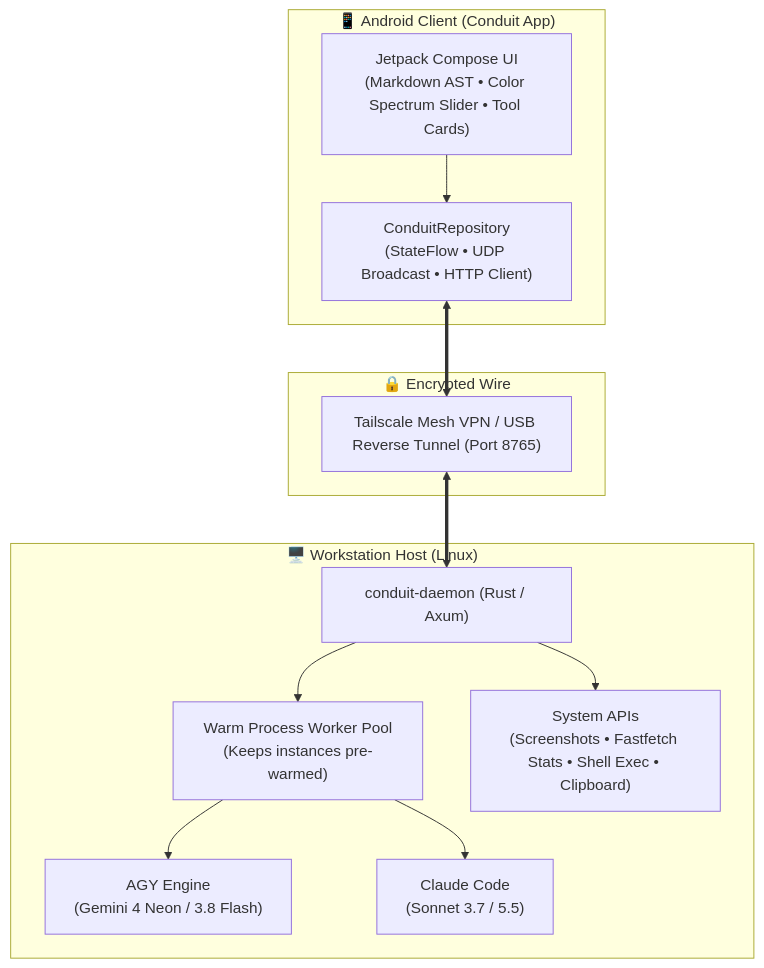
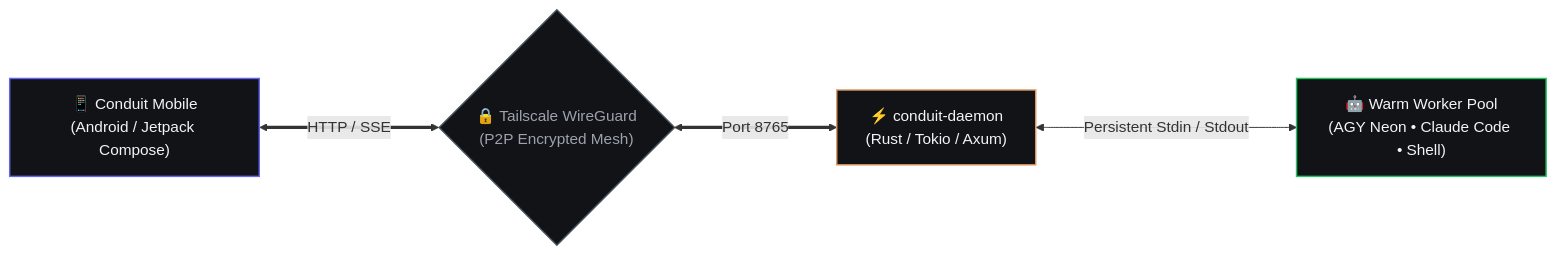
One commit to pahasara2003/Conduit changed the first of 2 diagrams in README.md. Above: the diagram before and after it, drawn with Mermaid. The commit also changed other lines of this file, not shown here.

Commit message:
docs: use clean horizontal flowchart diagrams in README

````diff
--- a/README.md
+++ b/README.md
@@ -33,26 +33,16 @@
 ```mermaid
-flowchart TD
-    subgraph Mobile ["📱 Android Client (Conduit App)"]
-        UI["Jetpack Compose UI<br/>(Markdown AST • Color Spectrum Slider • Tool Cards)"]
-        Repo["ConduitRepository<br/>(StateFlow • UDP Broadcast • HTTP Client)"]
-        UI --> Repo
-    end
+flowchart LR
+    A["📱 Conduit Mobile<br/>(Android / Jetpack Compose)"]
+    T{"🔒 Tailscale WireGuard<br/>(P2P Encrypted Mesh)"}
+    D["⚡ conduit-daemon<br/>(Rust / Tokio / Axum)"]
+    W["🤖 Warm Worker Pool<br/>(AGY Neon • Claude Code • Shell)"]
 
-    subgraph Transport ["🔒 Encrypted Wire"]
-        Tailscale["Tailscale Mesh VPN / USB Reverse Tunnel (Port 8765)"]
-        Repo <==> Tailscale
-    end
+    A <===>|HTTP / SSE| T
+    T <===>|Port 8765| D
+    D <--->|Persistent Stdin / Stdout| W
 
-    subgraph Workstation ["🖥️ Workstation Host (Linux)"]
-        Daemon["conduit-daemon (Rust / Axum)"]
-        WarmPool["Warm Process Worker Pool<br/>(Keeps instances pre-warmed)"]
-        SystemServices["System APIs<br/>(Screenshots • Fastfetch Stats • Shell Exec • Clipboard)"]
-        
-        Tailscale <==> Daemon
-        Daemon --> WarmPool
-        Daemon --> SystemServices
-
-        WarmPool --> AGY["AGY Engine<br/>(Gemini 4 Neon / 3.8 Flash)"]
-        WarmPool --> Claude["Claude Code<br/>(Sonnet 3.7 / 5.5)"]
-    end
+    style A fill:#121316,stroke:#6366F1,stroke-width:1.5px,color:#F4F4F5
+    style T fill:#121316,stroke:#4B5563,stroke-width:1.5px,color:#9CA3AF
+    style D fill:#121316,stroke:#E09A65,stroke-width:1.5px,color:#F4F4F5
+    style W fill:#121316,stroke:#22C55E,stroke-width:1.5px,color:#F4F4F5
 ```
````
